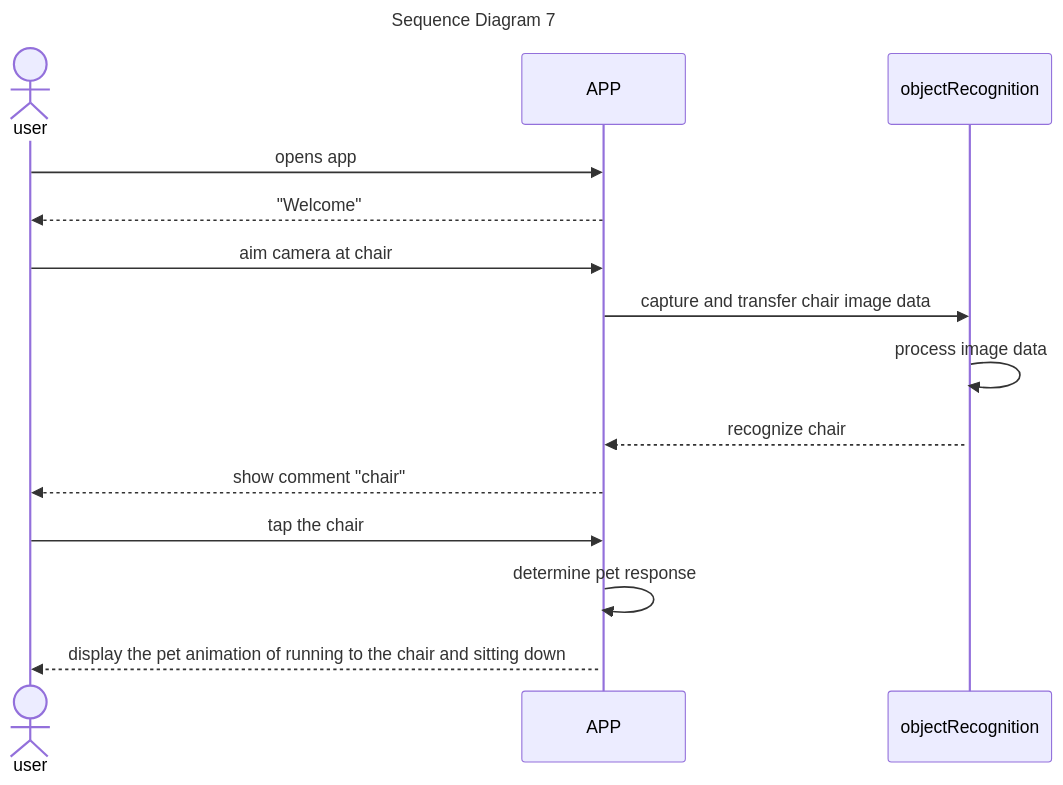
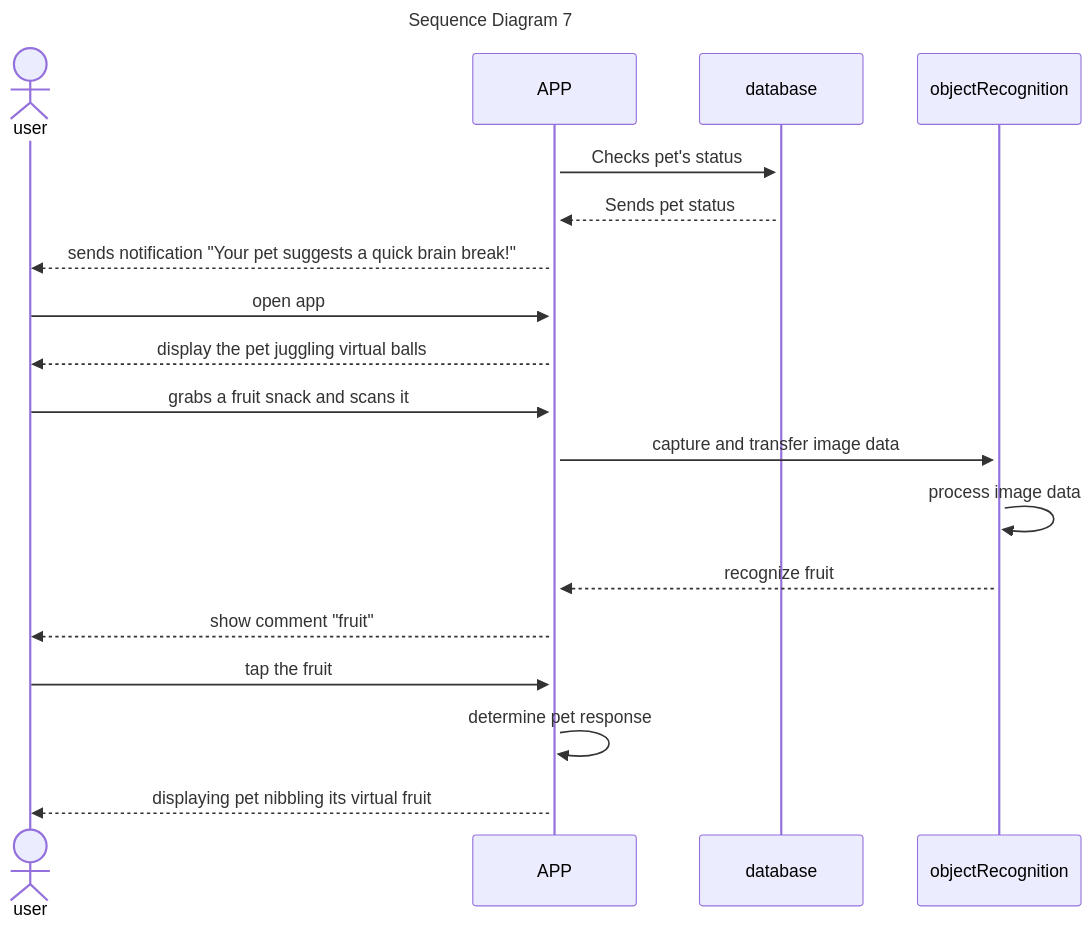
The sixth of 6 diagrams in documentation/docs/system-architecture/sequence-diagrams.md (Capstone-Projects-2023-Fall/project-ar-pet-pals), drawn with Mermaid before and after one commit. The commit also changed other lines of this file, not shown here.

Commit message:
update sequence diagram 7

````diff
--- a/documentation/docs/system-architecture/sequence-diagrams.md
+++ b/documentation/docs/system-architecture/sequence-diagrams.md
@@ -191,20 +191,27 @@
 ```mermaid
 
 sequenceDiagram
     title Sequence Diagram 7
 
     actor user
+    activate APP
+    activate objectRecognition
+    activate database
 
-    user->>APP: opens app
-    APP-->>user: "Welcome"
+    APP->>database: Checks pet's status
+    database-->>APP: Sends pet status
+    APP-->>user: sends notification "Your pet suggests a quick brain break!"
 
-    user->>APP: aim camera at chair
-    APP->>objectRecognition: capture and transfer chair image data
+    user->>APP: open app
+    APP-->>user: display the pet juggling virtual balls
+
+    user->>APP: grabs a fruit snack and scans it
+    APP->>objectRecognition: capture and transfer image data
     objectRecognition->>+objectRecognition: process image data
-    objectRecognition-->>APP: recognize chair
-    APP-->>user: show comment "chair"
+    objectRecognition-->>APP: recognize fruit
+    APP-->>user: show comment "fruit"
 
-    user->>APP: tap the chair
+    user->>APP: tap the fruit
     APP->>+APP: determine pet response
-    APP-->>user: display the pet animation of running to the chair and sitting down
+    APP-->>user: displaying pet nibbling its virtual fruit
 ```
````
